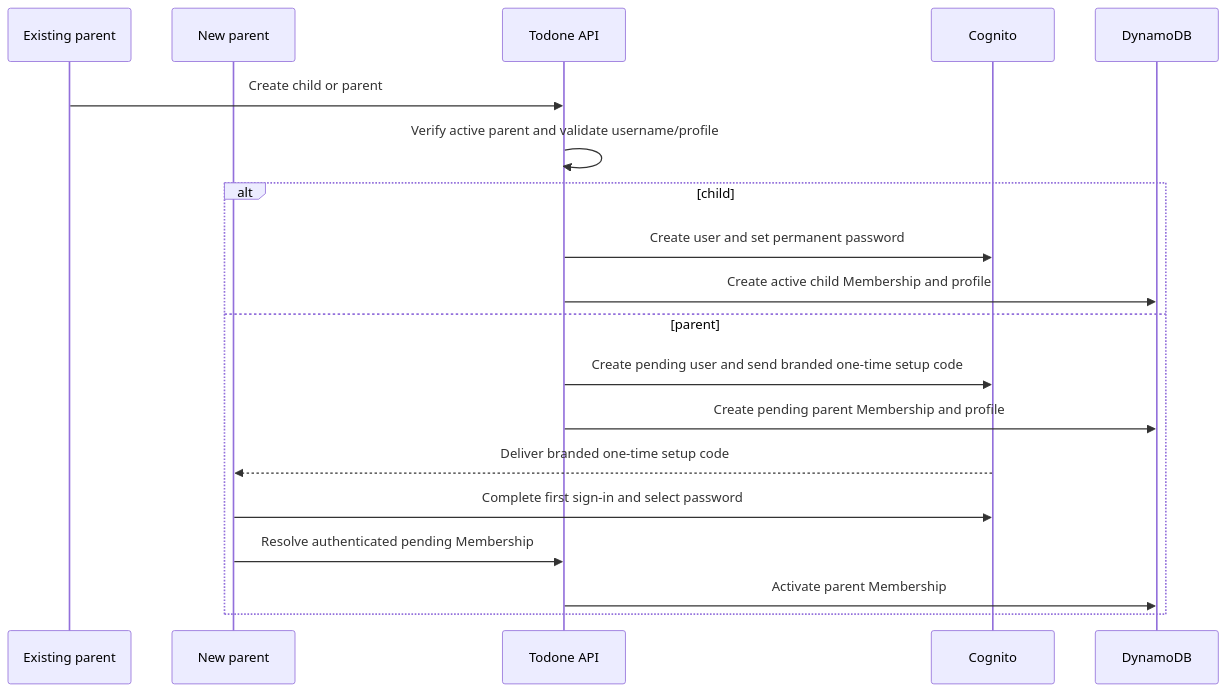
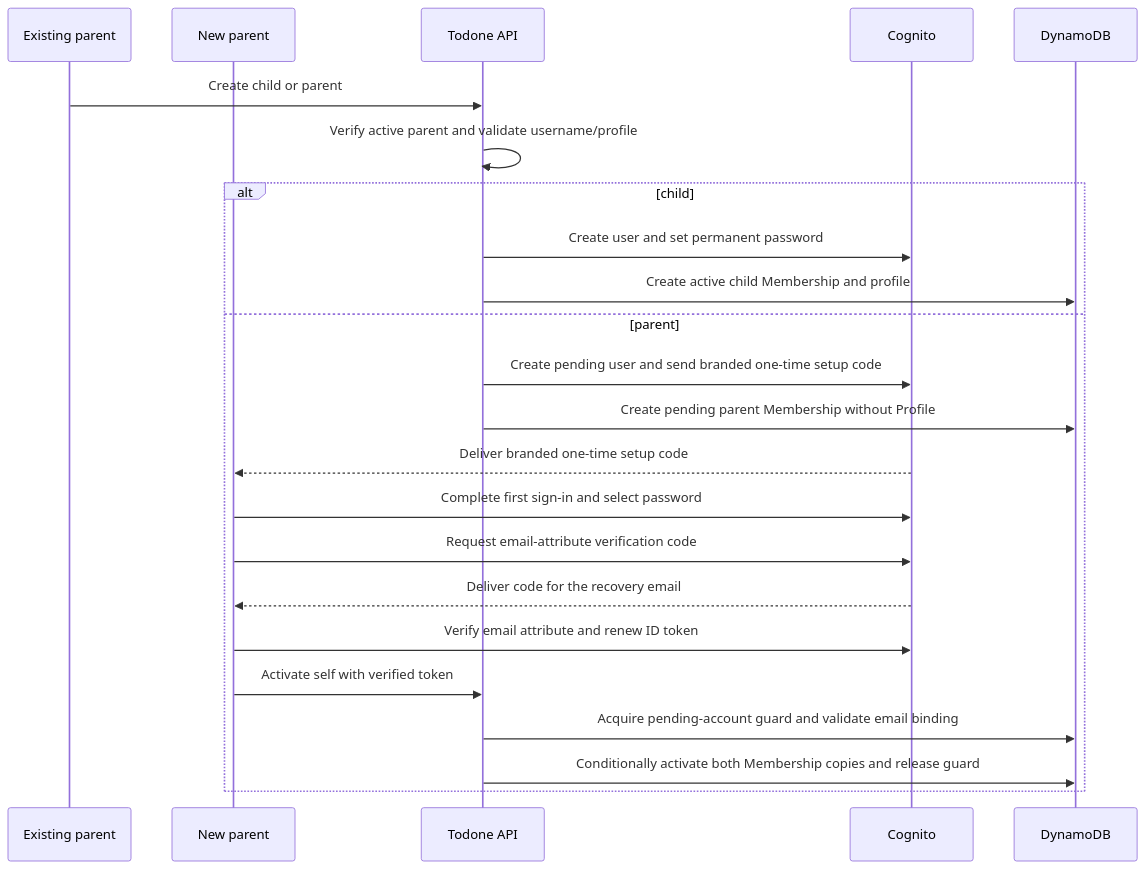
The diagram in openspec/changes/manage-family-accounts/design.md (joew-ai/todone), drawn with Mermaid before and after one commit. The commit also changed other lines of this file and 106 other files, not shown here.

````diff
--- a/openspec/changes/manage-family-accounts/design.md
+++ b/openspec/changes/manage-family-accounts/design.md
@@ -13,21 +13,25 @@
 ```mermaid
 sequenceDiagram
     participant P as Existing parent
     participant N as New parent
     participant A as Todone API
     participant C as Cognito
     participant D as DynamoDB
     P->>A: Create child or parent
     A->>A: Verify active parent and validate username/profile
     alt child
         A->>C: Create user and set permanent password
         A->>D: Create active child Membership and profile
     else parent
         A->>C: Create pending user and send branded one-time setup code
-        A->>D: Create pending parent Membership and profile
+        A->>D: Create pending parent Membership without Profile
         C-->>N: Deliver branded one-time setup code
         N->>C: Complete first sign-in and select password
-        N->>A: Resolve authenticated pending Membership
-        A->>D: Activate parent Membership
+        N->>C: Request email-attribute verification code
+        C-->>N: Deliver code for the recovery email
+        N->>C: Verify email attribute and renew ID token
+        N->>A: Activate self with verified token
+        A->>D: Acquire pending-account guard and validate email binding
+        A->>D: Conditionally activate both Membership copies and release guard
     end
 ```
````
